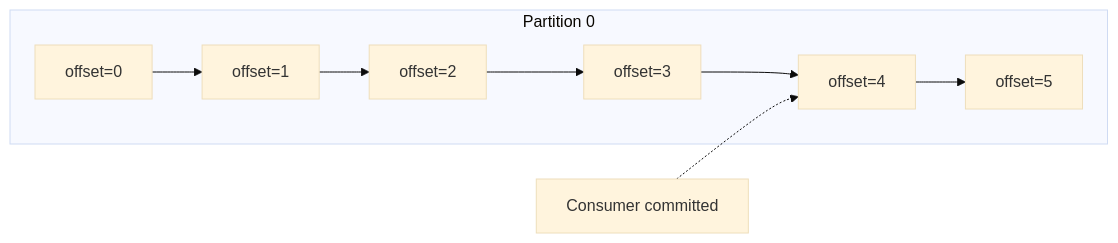
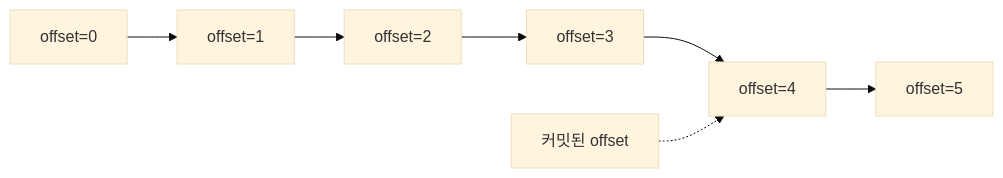
The seventh of 17 diagrams in _posts/kafka/2026-05-01-kafka-fundamentals.md (yjkim2015/yjkim2015.github.io), drawn with Mermaid (base theme) before and after one commit. The commit also changed other lines of this file and 155 other files, not shown here.

First line of the commit message:
Mermaid 전면 수정: subgraph 제거, participant/노드/줄수 축소 (342블록)

````diff
--- a/_posts/kafka/2026-05-01-kafka-fundamentals.md
+++ b/_posts/kafka/2026-05-01-kafka-fundamentals.md
@@ -210,13 +195,5 @@
 ```mermaid
 graph LR
-    subgraph partition0["Partition 0"]
-        O0["offset=0"]
-        O1["offset=1"]
-        O2["offset=2"]
-        O3["offset=3"]
-        O4["offset=4"]
-        O5["offset=5"]
-        O0 --> O1 --> O2 --> O3 --> O4 --> O5
-    end
-    COMMIT["Consumer committed"] -.-> O4
+    O0["offset=0"] --> O1["offset=1"] --> O2["offset=2"] --> O3["offset=3"] --> O4["offset=4"] --> O5["offset=5"]
+    COMMIT["커밋된 offset"] -.-> O4
 ```
````
